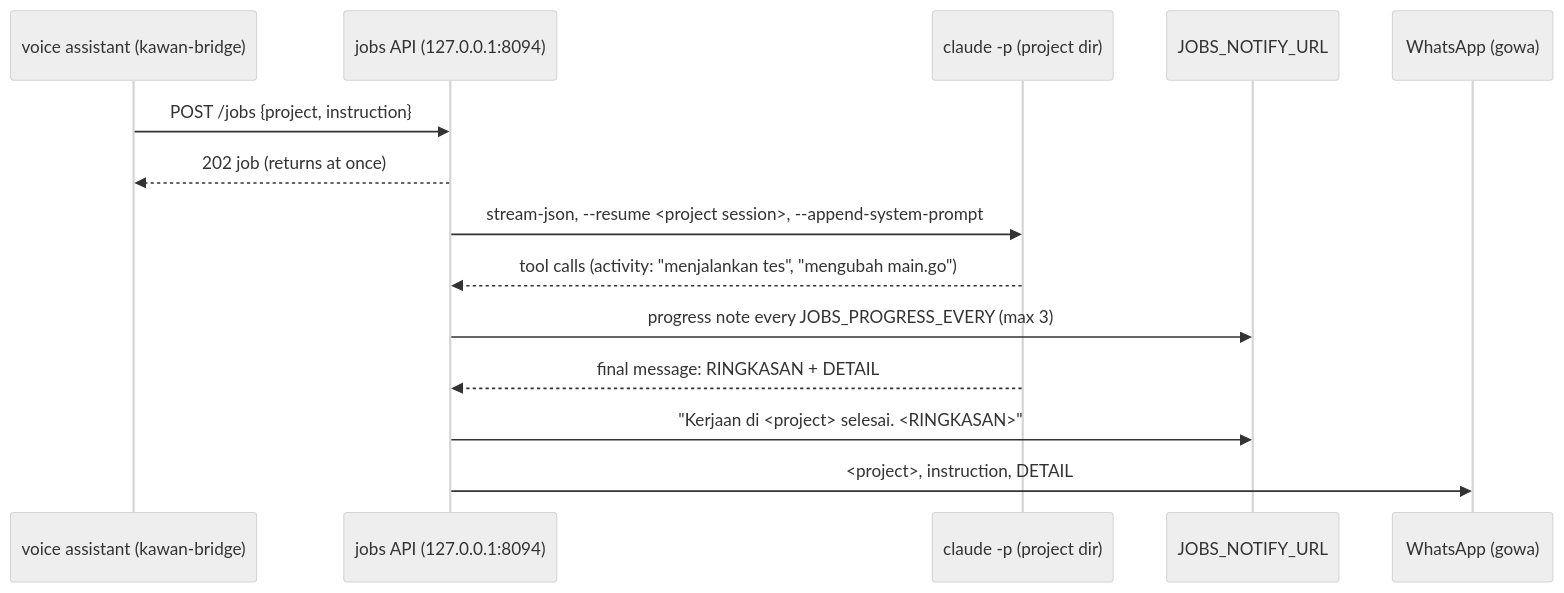
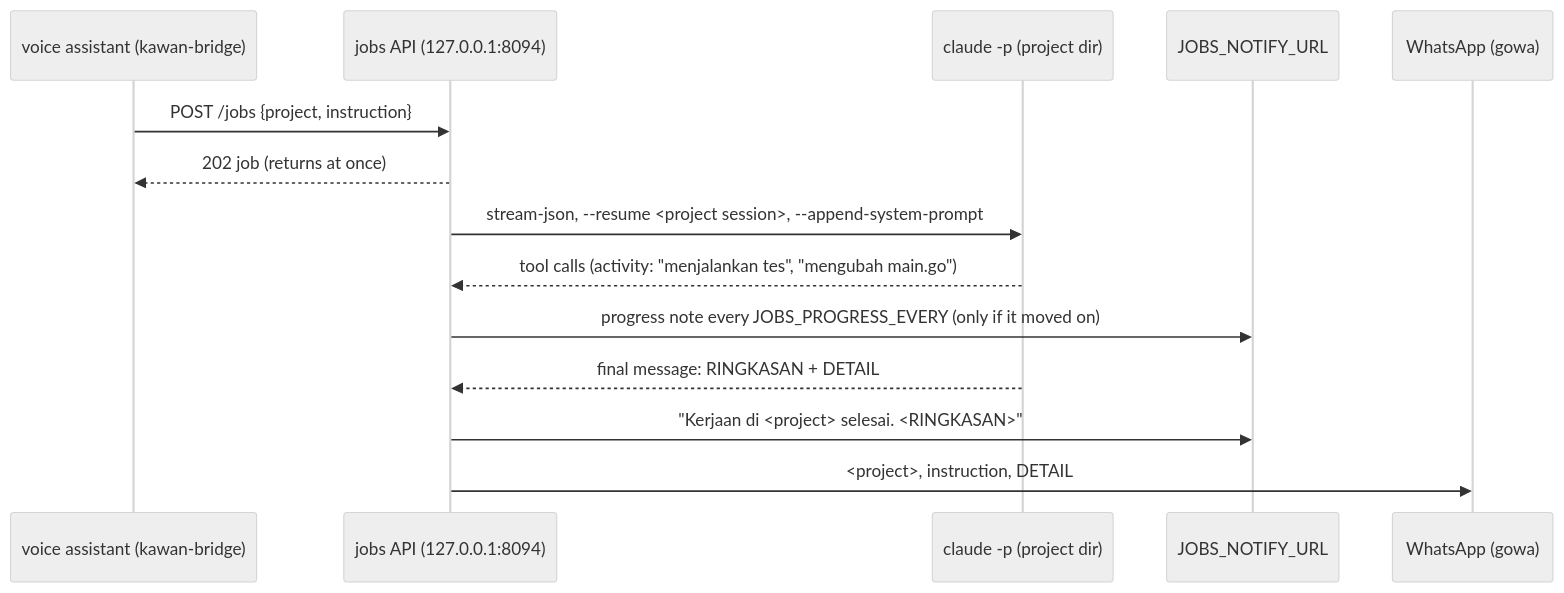
One commit to tarkiman/claude-whatsapp changed the fifth of 5 diagrams in docs/ARCHITECTURE.md. Above: the diagram before and after it, drawn with Mermaid (neutral theme). The commit also changed 6 other files, not shown here.

First line of the commit message:
feat(jobs): progress notes while a job moves on, clearer activity

````diff
--- a/docs/ARCHITECTURE.md
+++ b/docs/ARCHITECTURE.md
@@ -401,16 +401,16 @@
 ```mermaid
 sequenceDiagram
   participant VA as voice assistant (kawan-bridge)
   participant J as jobs API (127.0.0.1:8094)
   participant C as claude -p (project dir)
   participant N as JOBS_NOTIFY_URL
   participant W as WhatsApp (gowa)
   VA->>J: POST /jobs {project, instruction}
   J-->>VA: 202 job (returns at once)
   J->>C: stream-json, --resume <project session>, --append-system-prompt
   C-->>J: tool calls (activity: "menjalankan tes", "mengubah main.go")
-  J->>N: progress note every JOBS_PROGRESS_EVERY (max 3)
+  J->>N: progress note every JOBS_PROGRESS_EVERY (only if it moved on)
   C-->>J: final message: RINGKASAN + DETAIL
   J->>N: "Kerjaan di <project> selesai. <RINGKASAN>"
   J->>W: <project>, instruction, DETAIL
 ```
````
